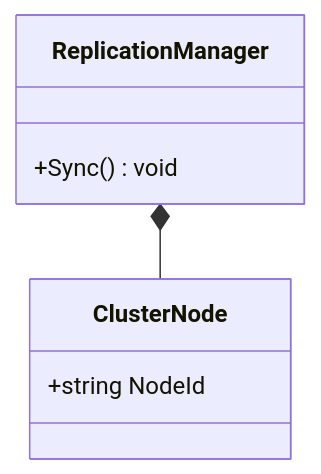
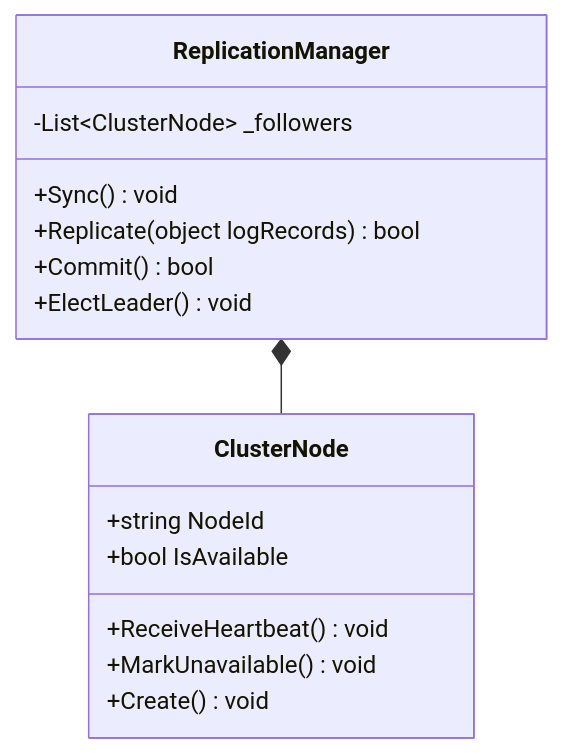
Before and after one commit to manaxpow/DBMS: the tenth of 52 diagrams in README.md, drawn with Mermaid. The commit also changed other lines of this file and 15 other files, not shown here.

````diff
--- a/README.md
+++ b/README.md
@@ -1018,12 +1059,20 @@
 ```mermaid
 classDiagram
     direction TB
     class ReplicationManager {
+        -List~ClusterNode~ _followers
         +Sync() void
+        +Replicate(object logRecords) bool
+        +Commit() bool
+        +ElectLeader() void
     }
     class ClusterNode {
         +string NodeId
+        +bool IsAvailable
+        +ReceiveHeartbeat() void
+        +MarkUnavailable() void
+        +Create() void
     }
 
     ReplicationManager *-- ClusterNode
 ```
````
